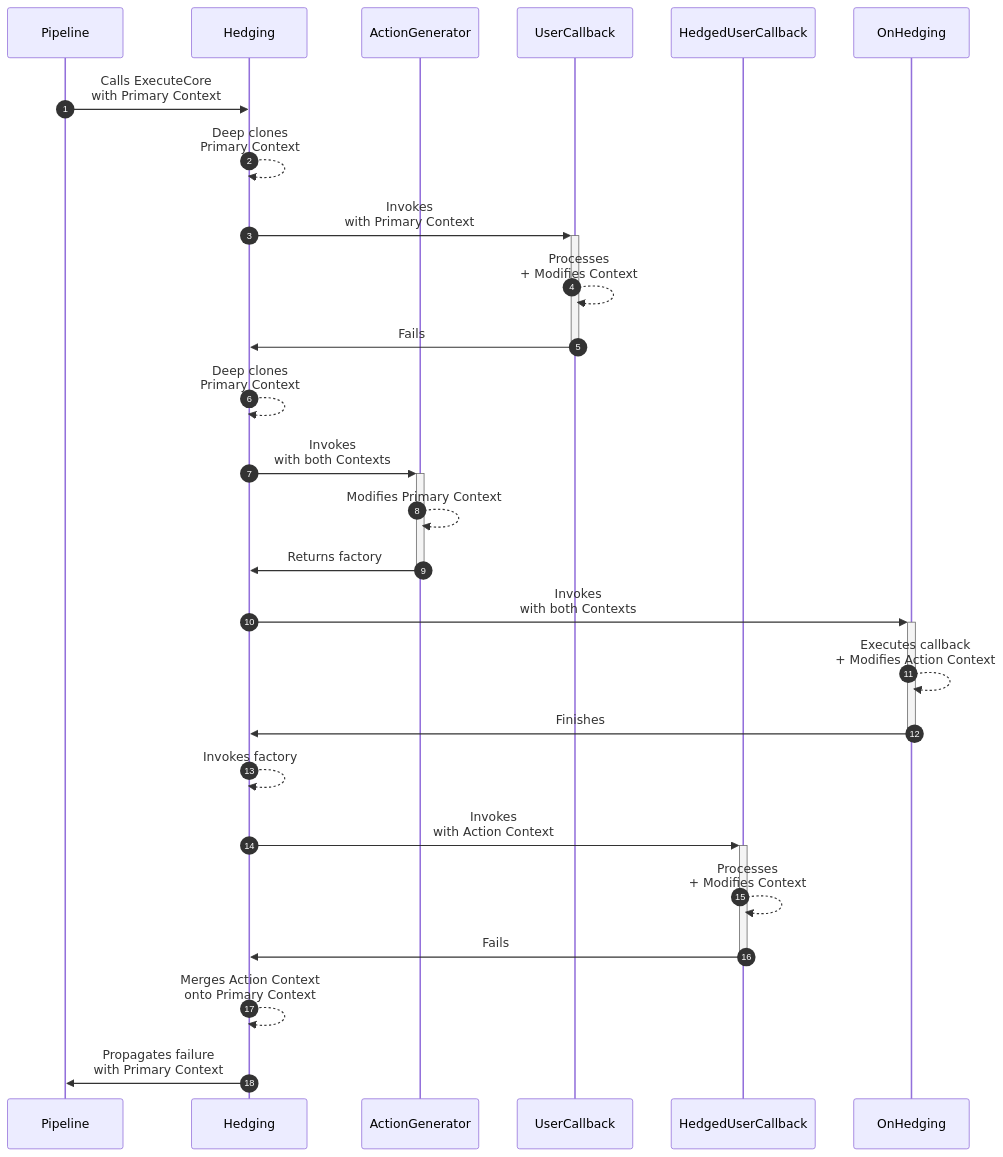
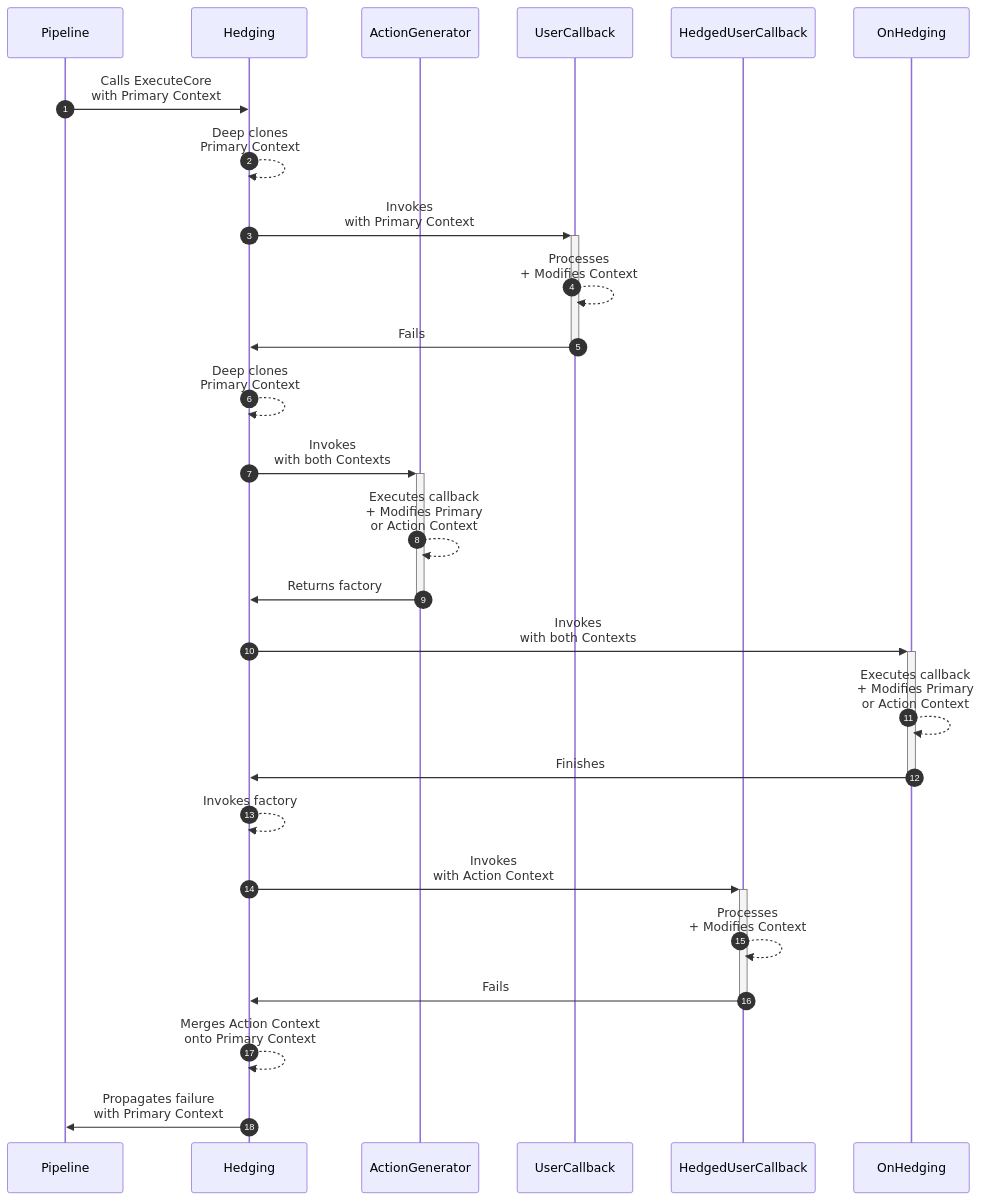
The ninth of 10 diagrams in docs/strategies/hedging.md (App-vNext/Polly), drawn with Mermaid before and after one commit.

Commit message:
Update diagram based on feedback

````diff
--- a/docs/strategies/hedging.md
+++ b/docs/strategies/hedging.md
@@ -478,34 +478,34 @@
 ```mermaid
 sequenceDiagram
     autonumber
     participant P as Pipeline
     participant H as Hedging
     participant AG as ActionGenerator
     participant UC as UserCallback
     participant HUC as HedgedUserCallback
     participant OH as OnHedging
 
     P->>H: Calls ExecuteCore <br/>with Primary Context
     H-->>H: Deep clones <br/>Primary Context
 
     H->>+UC: Invokes <br/>with Primary Context
     UC-->>UC: Processes <br/>+ Modifies Context
     UC->>-H: Fails
 
     H-->>H: Deep clones <br/>Primary Context
     H->>+AG: Invokes <br/>with both Contexts
-    AG-->>AG: Modifies Primary Context
+    AG-->>AG: Executes callback <br/>+ Modifies Primary <br/> or Action Context
     AG->>-H: Returns factory
 
     H->>+OH: Invokes <br/>with both Contexts
-    OH-->>OH: Executes callback <br/>+ Modifies Action Context
+    OH-->>OH: Executes callback <br/>+ Modifies Primary <br/> or Action Context
     OH->>-H: Finishes
 
     H-->>H: Invokes factory
     H->>+HUC: Invokes <br/>with Action Context
     HUC-->>HUC: Processes <br/>+ Modifies Context
     HUC->>-H: Fails
 
     H-->>H: Merges Action Context <br/>onto Primary Context
     H->>P: Propagates failure <br/>with Primary Context
 ```
````
